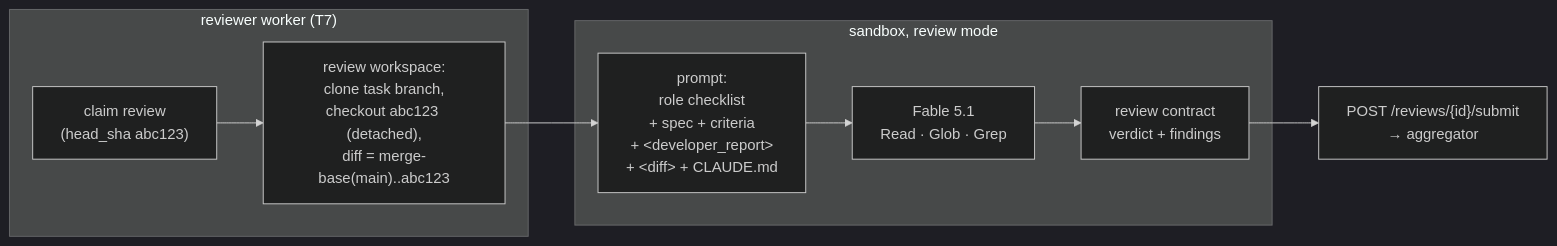
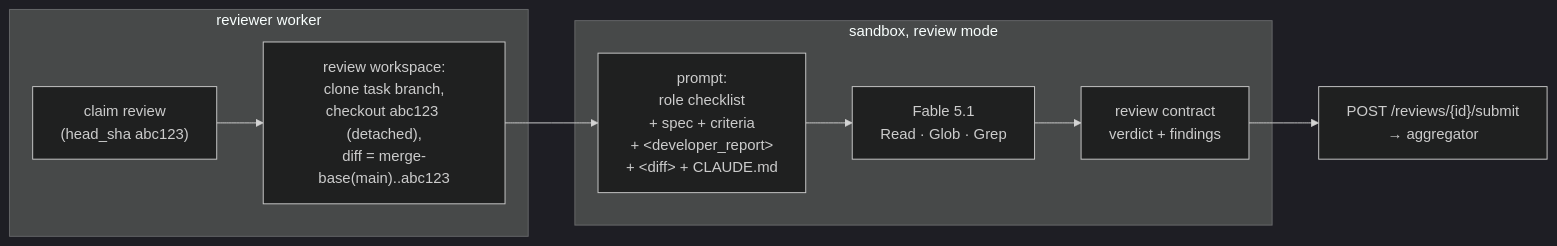
Before and after one commit to bharathcmbox/axiom: the tenth of 19 diagrams in docs/guide/12-reviews-and-ci.md, drawn with Mermaid (dark theme). The commit also changed other lines of this file and 18 other files, not shown here.

````diff
--- a/docs/guide/12-reviews-and-ci.md
+++ b/docs/guide/12-reviews-and-ci.md
@@ -264,12 +263,12 @@
 ```mermaid
 flowchart LR
-    subgraph harness["reviewer worker (T7)"]
+    subgraph harness["reviewer worker"]
         claim["claim review<br/>(head_sha abc123)"] --> ws["review workspace:<br/>clone task branch,<br/>checkout abc123 (detached),<br/>diff = merge-base(main)..abc123"]
     end
     subgraph sbx["sandbox, review mode"]
         prompt["prompt:<br/>role checklist<br/>+ spec + criteria<br/>+ &lt;developer_report&gt;<br/>+ &lt;diff&gt; + CLAUDE.md"] --> agent["Fable 5.1<br/>Read · Glob · Grep"]
         agent --> contract["review contract<br/>verdict + findings"]
     end
     ws --> prompt
     contract --> axiom["POST /reviews/{id}/submit<br/>→ aggregator"]
 ```
````
